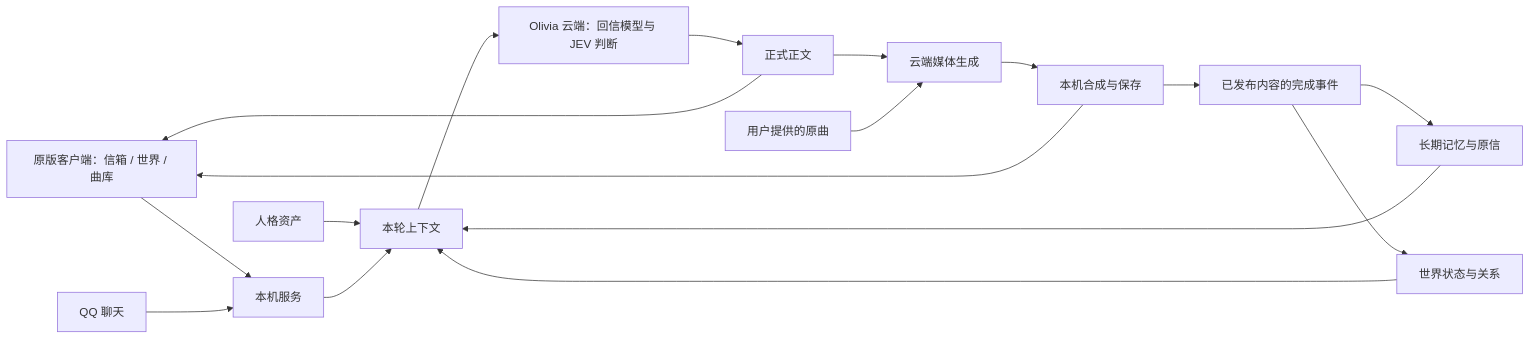
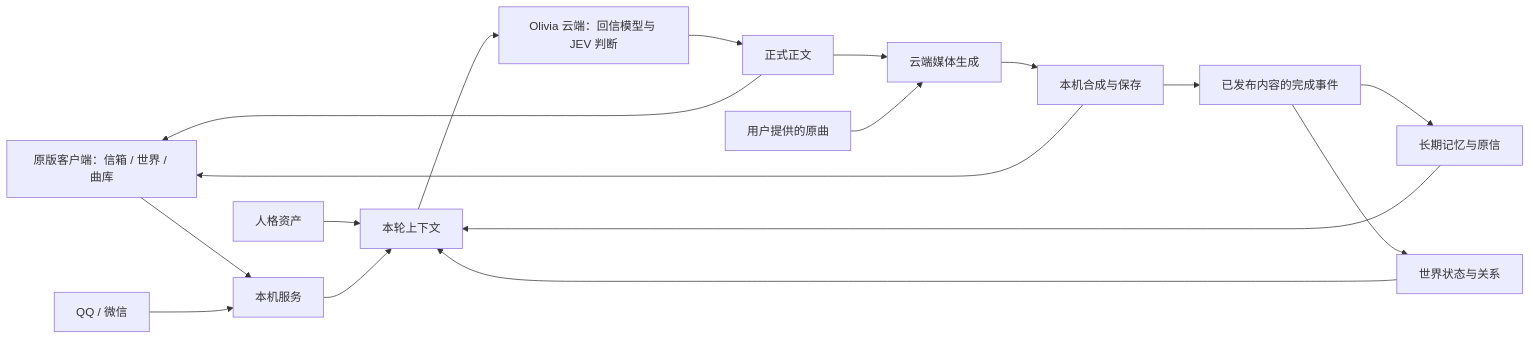
Before and after one commit to JeffBridges1376/bside-olivia-community: the diagram in README.md, drawn with Mermaid. The commit also changed other lines of this file, not shown here.

````diff
--- a/README.md
+++ b/README.md
@@ -101,19 +157,19 @@
 ```mermaid
 flowchart LR
     Client[原版客户端：信箱 / 世界 / 曲库] --> Server[本机服务]
-    QQ[QQ 聊天] --> Server
+    QQ[QQ / 微信] --> Server
     Persona[人格资产] --> Context[本轮上下文]
     Memory[长期记忆与原信] --> Context
     World[世界状态与关系] --> Context
     Server --> Context
     Context --> Cloud[Olivia 云端：回信模型与 JEV 判断]
     Cloud --> Reply[正式正文]
     Reply --> Client
     Reply --> Media[云端媒体生成]
     Source[用户提供的原曲] --> Media
     Media --> Files[本机合成与保存]
     Files --> Client
     Files --> Delivered[已发布内容的完成事件]
     Delivered --> Memory
     Delivered --> World
 ```
````
